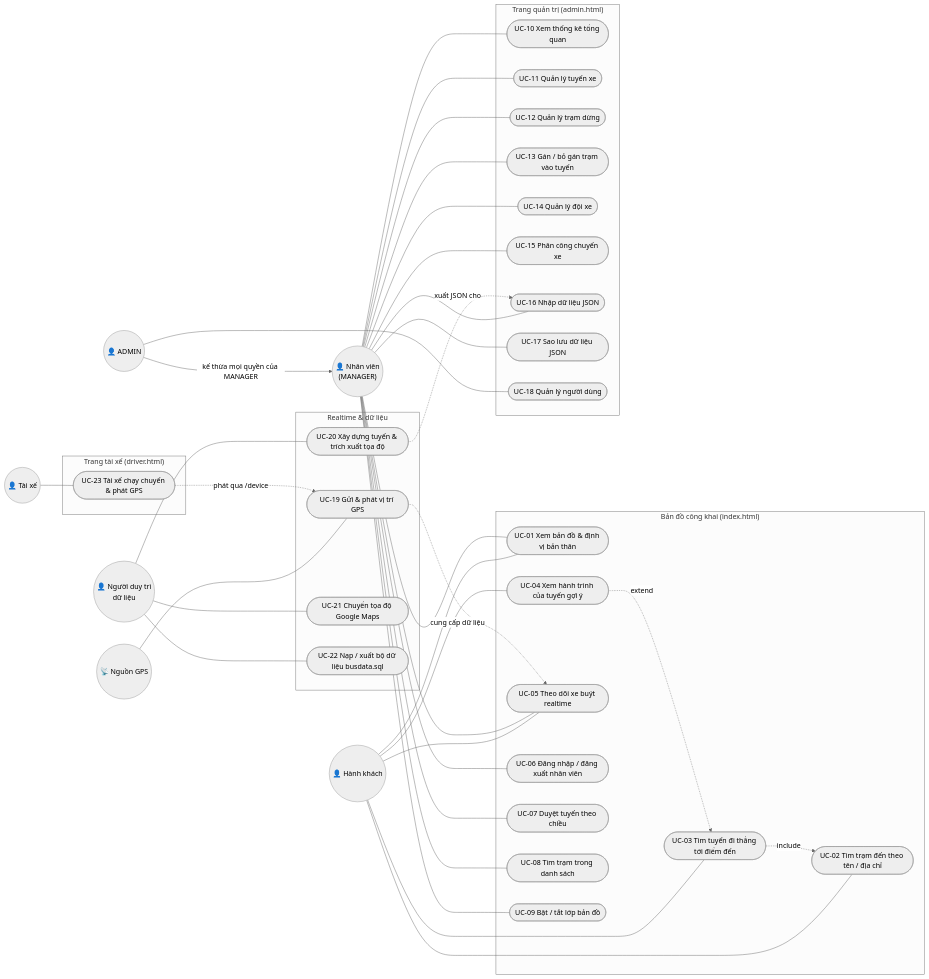
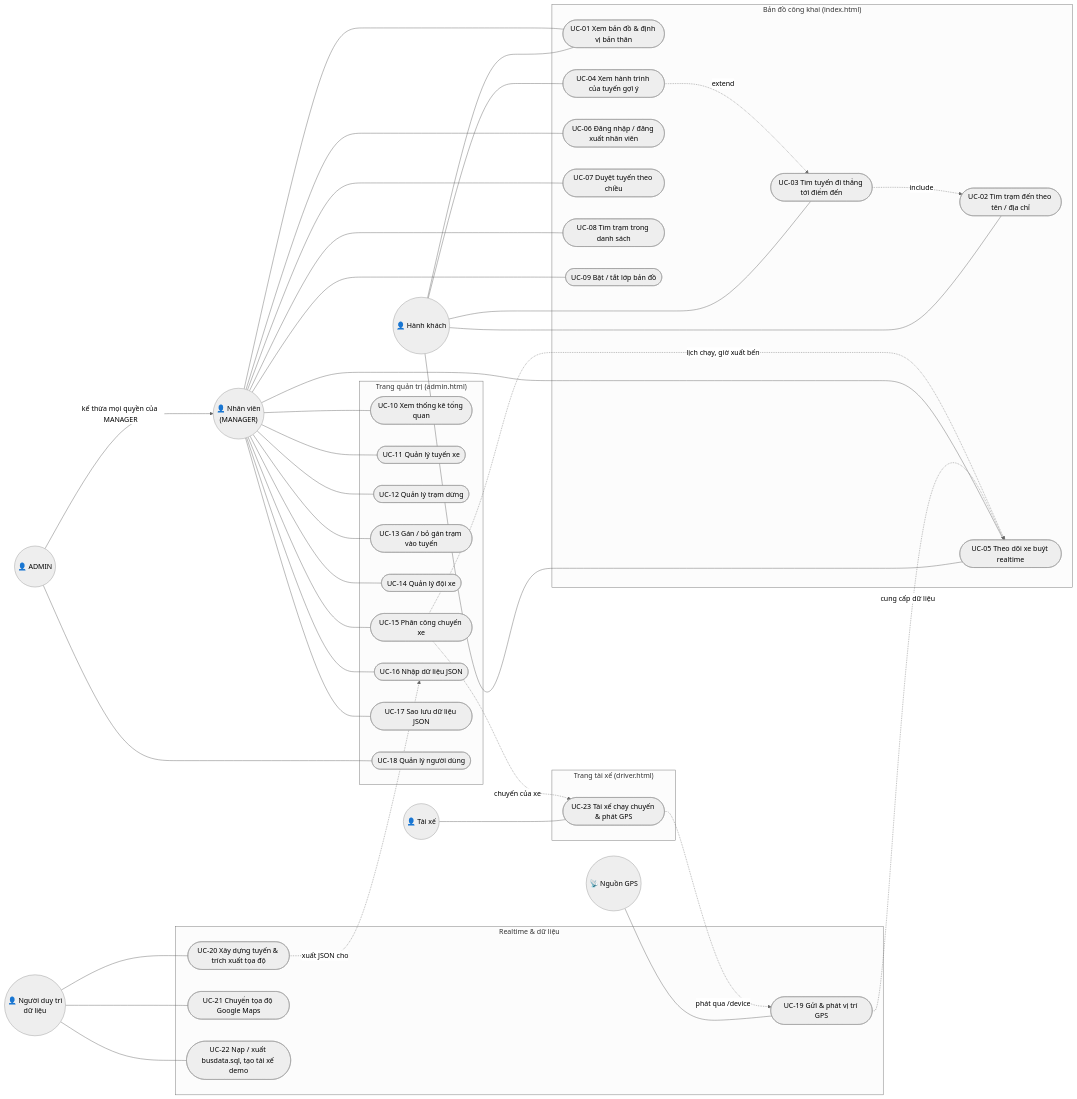
One commit to tungnguyen8389/bus-gis-tracking changed the diagram in docs/USE_CASES.md. Above: the diagram before and after it, drawn with Mermaid (neutral theme). The commit also changed other lines of this file, not shown here.

````diff
--- a/docs/USE_CASES.md
+++ b/docs/USE_CASES.md
@@ -43,62 +46,64 @@
 ```mermaid
 flowchart LR
     Khach(("👤 Hành khách"))
     NV(("👤 Nhân viên<br/>(MANAGER)"))
     AD(("👤 ADMIN"))
     GPS(("📡 Nguồn GPS"))
     TX(("👤 Tài xế"))
     DM(("👤 Người duy trì<br/>dữ liệu"))
 
     subgraph MAP["Bản đồ công khai (index.html)"]
         UC01(["UC-01 Xem bản đồ & định vị bản thân"])
         UC02(["UC-02 Tìm trạm đến theo tên / địa chỉ"])
         UC03(["UC-03 Tìm tuyến đi thẳng tới điểm đến"])
         UC04(["UC-04 Xem hành trình của tuyến gợi ý"])
         UC05(["UC-05 Theo dõi xe buýt realtime"])
         UC06(["UC-06 Đăng nhập / đăng xuất nhân viên"])
         UC07(["UC-07 Duyệt tuyến theo chiều"])
         UC08(["UC-08 Tìm trạm trong danh sách"])
         UC09(["UC-09 Bật / tắt lớp bản đồ"])
     end
 
     subgraph ADMIN["Trang quản trị (admin.html)"]
         UC10(["UC-10 Xem thống kê tổng quan"])
         UC11(["UC-11 Quản lý tuyến xe"])
         UC12(["UC-12 Quản lý trạm dừng"])
         UC13(["UC-13 Gán / bỏ gán trạm vào tuyến"])
         UC14(["UC-14 Quản lý đội xe"])
         UC15(["UC-15 Phân công chuyến xe"])
         UC16(["UC-16 Nhập dữ liệu JSON"])
         UC17(["UC-17 Sao lưu dữ liệu JSON"])
         UC18(["UC-18 Quản lý người dùng"])
     end
 
     subgraph DRV["Trang tài xế (driver.html)"]
         UC23(["UC-23 Tài xế chạy chuyến & phát GPS"])
     end
 
     subgraph SYS["Realtime & dữ liệu"]
         UC19(["UC-19 Gửi & phát vị trí GPS"])
         UC20(["UC-20 Xây dựng tuyến & trích xuất tọa độ"])
         UC21(["UC-21 Chuyển tọa độ Google Maps"])
-        UC22(["UC-22 Nạp / xuất bộ dữ liệu busdata.sql"])
+        UC22(["UC-22 Nạp / xuất busdata.sql, tạo tài xế demo"])
     end
 
     Khach --- UC01 & UC02 & UC03 & UC05
     UC03 -. include .-> UC02
     UC04 -. extend .-> UC03
     Khach --- UC04
 
     NV --- UC01 & UC05 & UC06 & UC07 & UC08 & UC09
     NV --- UC10 & UC11 & UC12 & UC13 & UC14 & UC15 & UC16 & UC17
     AD -- "kế thừa mọi quyền của MANAGER" --> NV
     AD --- UC18
 
     GPS --- UC19
     TX --- UC23
     UC23 -. phát qua /device .-> UC19
     UC19 -. cung cấp dữ liệu .-> UC05
+    UC15 -. lịch chạy, giờ xuất bến .-> UC05
+    UC15 -. chuyến của xe .-> UC23
 
     DM --- UC20 & UC21 & UC22
     UC20 -. xuất JSON cho .-> UC16
 ```
````
